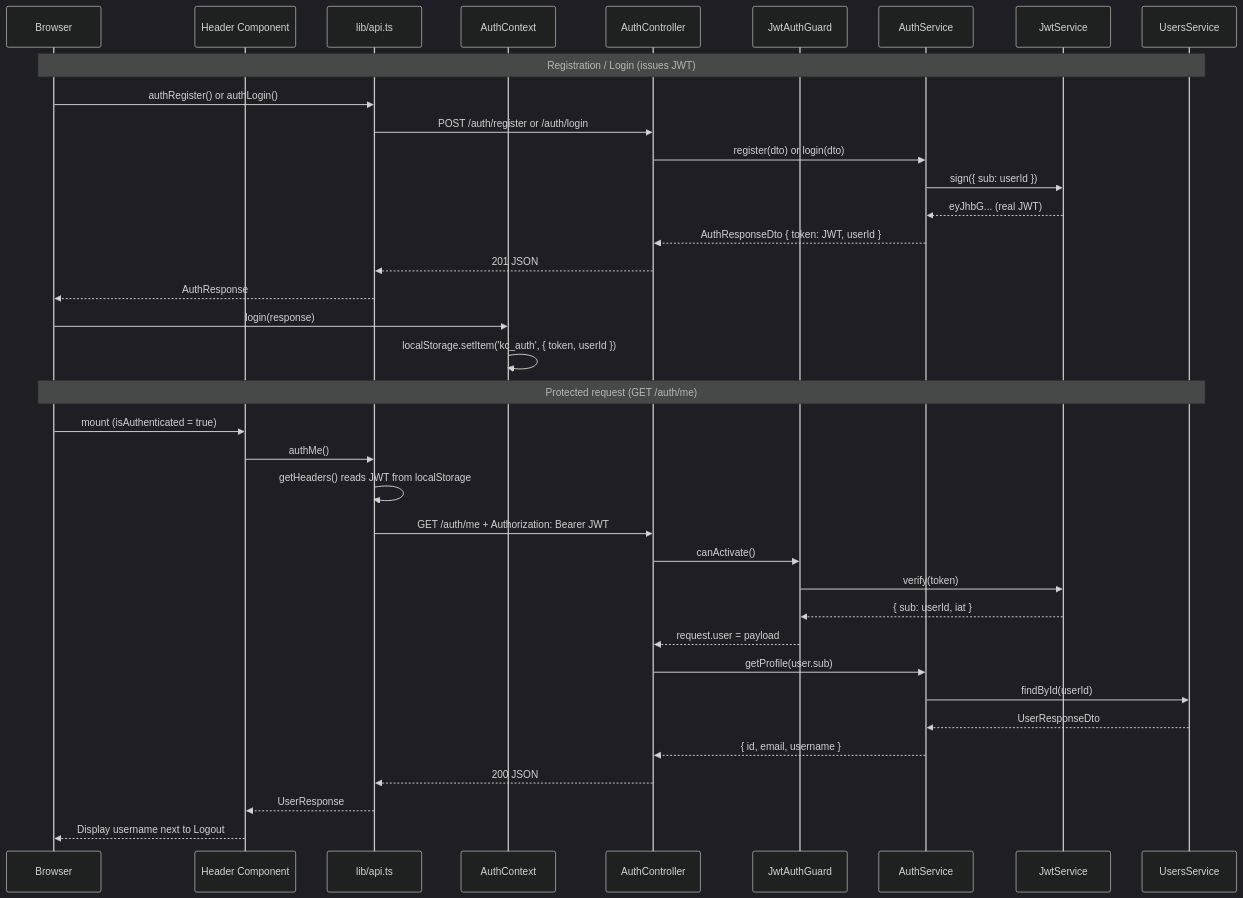
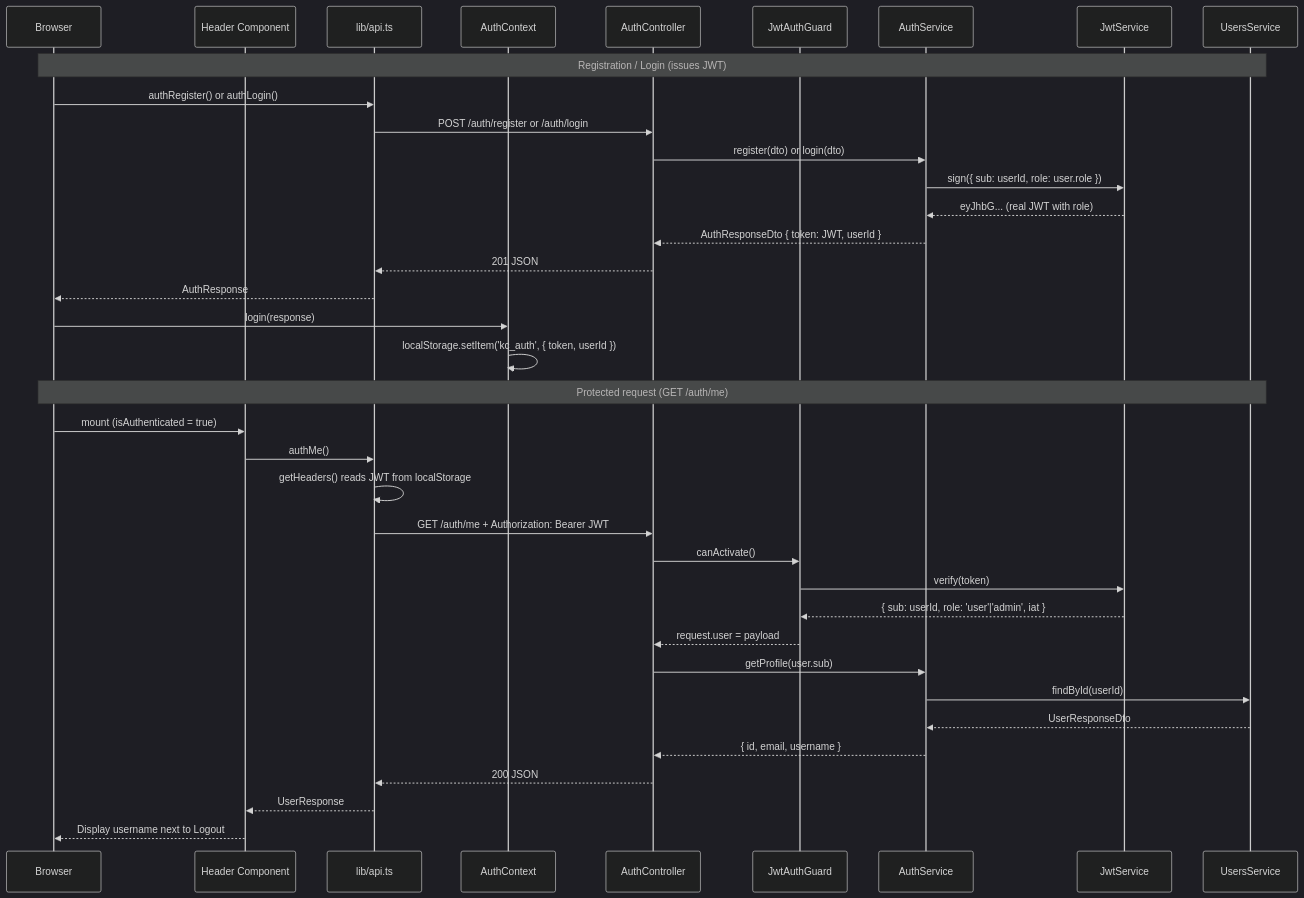
One commit to KLJr-Dev/KC-Project changed the third of 7 diagrams in docs/architecture/auth-flow.md. Above: the diagram before and after it, drawn with Mermaid (dark theme). The commit also changed other lines of this file and 5 other files, not shown here.

First line of the commit message:
docs: v0.4.0 architecture and role system

````diff
--- a/docs/architecture/auth-flow.md
+++ b/docs/architecture/auth-flow.md
@@ -142,41 +142,41 @@
 ```mermaid
 sequenceDiagram
     participant Browser
     participant Header as Header Component
     participant API as lib/api.ts
     participant AuthCtx as AuthContext
     participant Controller as AuthController
     participant Guard as JwtAuthGuard
     participant AuthSvc as AuthService
     participant JWT as JwtService
     participant UsersSvc as UsersService
 
     Note over Browser, UsersSvc: Registration / Login (issues JWT)
     Browser->>API: authRegister() or authLogin()
     API->>Controller: POST /auth/register or /auth/login
     Controller->>AuthSvc: register(dto) or login(dto)
-    AuthSvc->>JWT: sign({ sub: userId })
-    JWT-->>AuthSvc: eyJhbG... (real JWT)
+    AuthSvc->>JWT: sign({ sub: userId, role: user.role })
+    JWT-->>AuthSvc: eyJhbG... (real JWT with role)
     AuthSvc-->>Controller: AuthResponseDto { token: JWT, userId }
     Controller-->>API: 201 JSON
     API-->>Browser: AuthResponse
     Browser->>AuthCtx: login(response)
     AuthCtx->>AuthCtx: localStorage.setItem('kc_auth', { token, userId })
 
     Note over Browser, UsersSvc: Protected request (GET /auth/me)
     Browser->>Header: mount (isAuthenticated = true)
     Header->>API: authMe()
     API->>API: getHeaders() reads JWT from localStorage
     API->>Controller: GET /auth/me + Authorization: Bearer JWT
     Controller->>Guard: canActivate()
     Guard->>JWT: verify(token)
-    JWT-->>Guard: { sub: userId, iat }
+    JWT-->>Guard: { sub: userId, role: 'user'|'admin', iat }
     Guard-->>Controller: request.user = payload
     Controller->>AuthSvc: getProfile(user.sub)
     AuthSvc->>UsersSvc: findById(userId)
     UsersSvc-->>AuthSvc: UserResponseDto
     AuthSvc-->>Controller: { id, email, username }
     Controller-->>API: 200 JSON
     API-->>Header: UserResponse
     Header-->>Browser: Display username next to Logout
 ```
````
